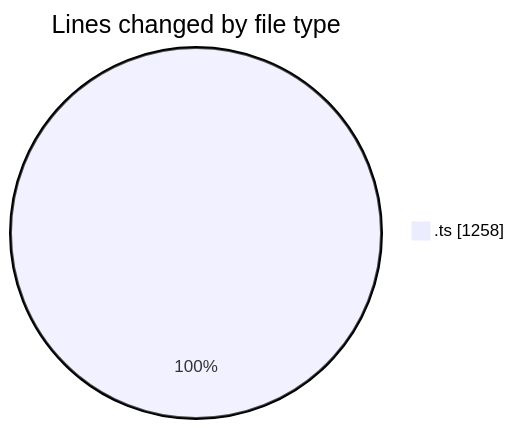
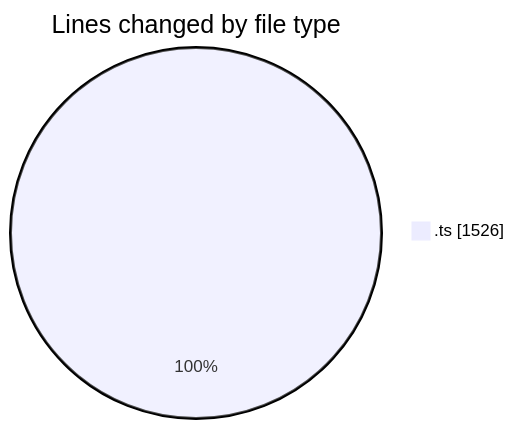
Before and after one commit to lephambinh05/code-tracking: the first of 2 diagrams in 2025-09-13/hiai-phf/README.md, drawn with Mermaid. The commit also changed other lines of this file and 1 other file, not shown here.

````diff
--- a/2025-09-13/hiai-phf/README.md
+++ b/2025-09-13/hiai-phf/README.md
@@ -24,5 +25,5 @@
 ```mermaid
 pie showData
 title Lines changed by file type
-".ts" : 1258
+".ts" : 1526
 ```
````
